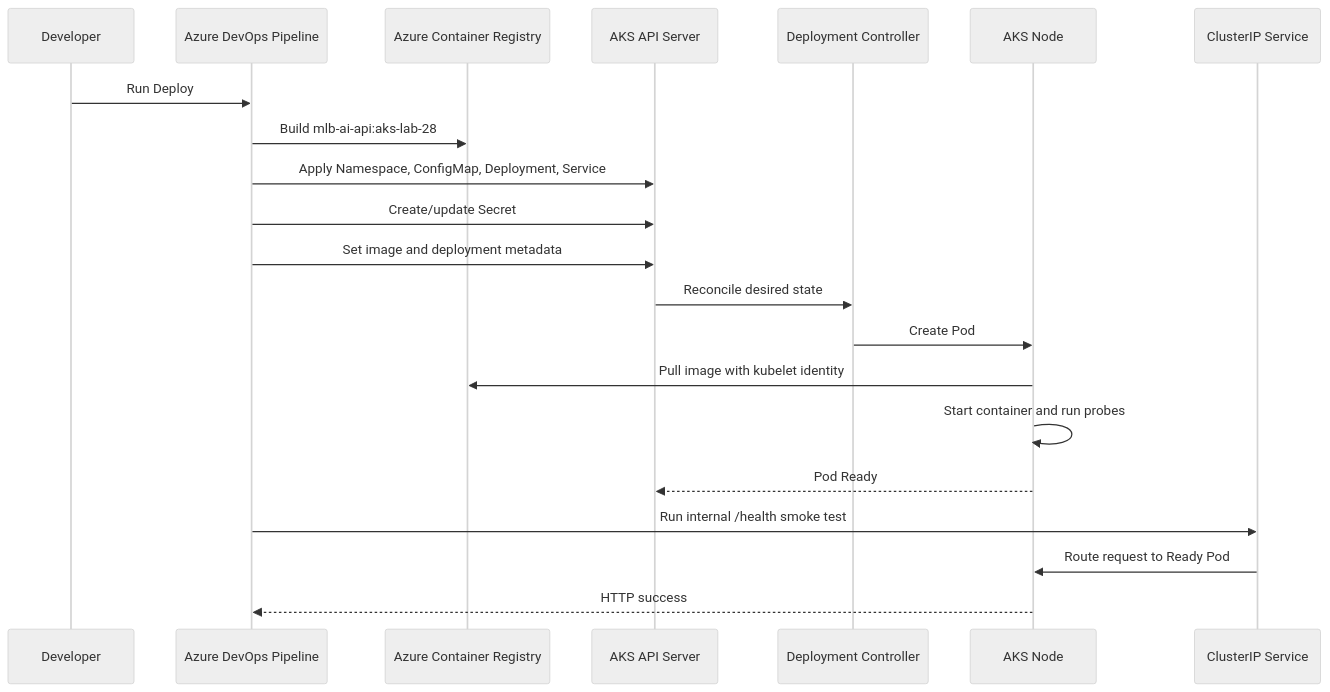
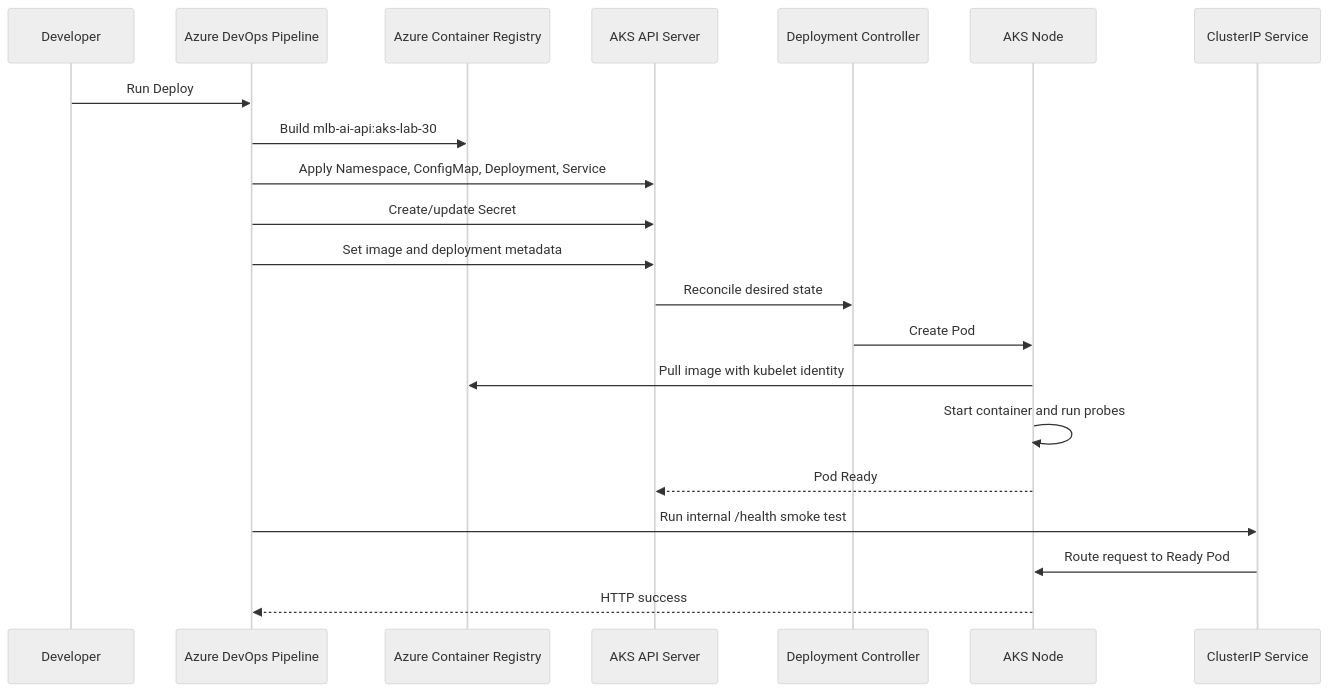
The second of 3 diagrams in docs/kubernetes-runtime-lab.md (sungYiCheng/MLB), drawn with Mermaid (neutral theme) before and after one commit. The commit also changed other lines of this file and 5 other files, not shown here.

````diff
--- a/docs/kubernetes-runtime-lab.md
+++ b/docs/kubernetes-runtime-lab.md
@@ -343,24 +343,24 @@
 ```mermaid
 sequenceDiagram
     participant Dev as Developer
     participant Pipeline as Azure DevOps Pipeline
     participant ACR as Azure Container Registry
     participant API as AKS API Server
     participant Deployment as Deployment Controller
     participant Node as AKS Node
     participant Service as ClusterIP Service
 
     Dev->>Pipeline: Run Deploy
-    Pipeline->>ACR: Build mlb-ai-api:aks-lab-28
+    Pipeline->>ACR: Build mlb-ai-api:aks-lab-30
     Pipeline->>API: Apply Namespace, ConfigMap, Deployment, Service
     Pipeline->>API: Create/update Secret
     Pipeline->>API: Set image and deployment metadata
     API->>Deployment: Reconcile desired state
     Deployment->>Node: Create Pod
     Node->>ACR: Pull image with kubelet identity
     Node->>Node: Start container and run probes
     Node-->>API: Pod Ready
     Pipeline->>Service: Run internal /health smoke test
     Service->>Node: Route request to Ready Pod
     Node-->>Pipeline: HTTP success
 ```
````
